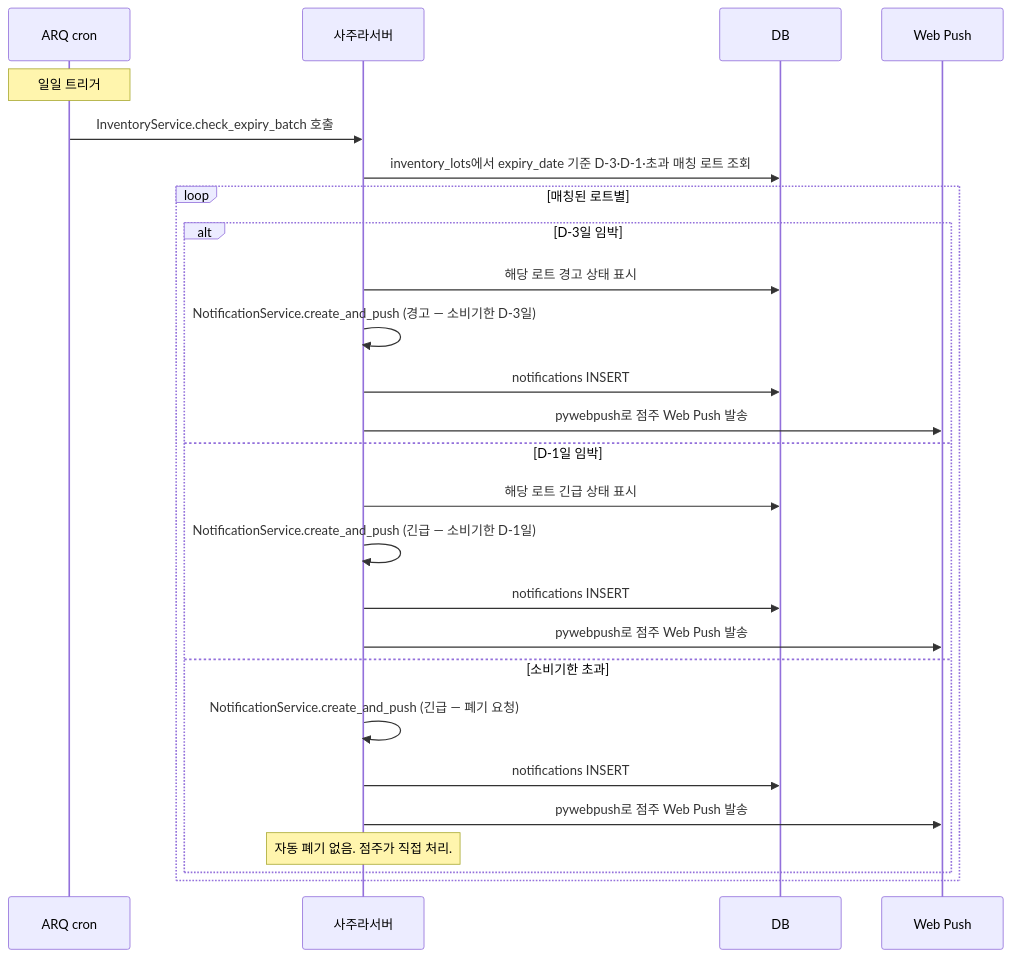
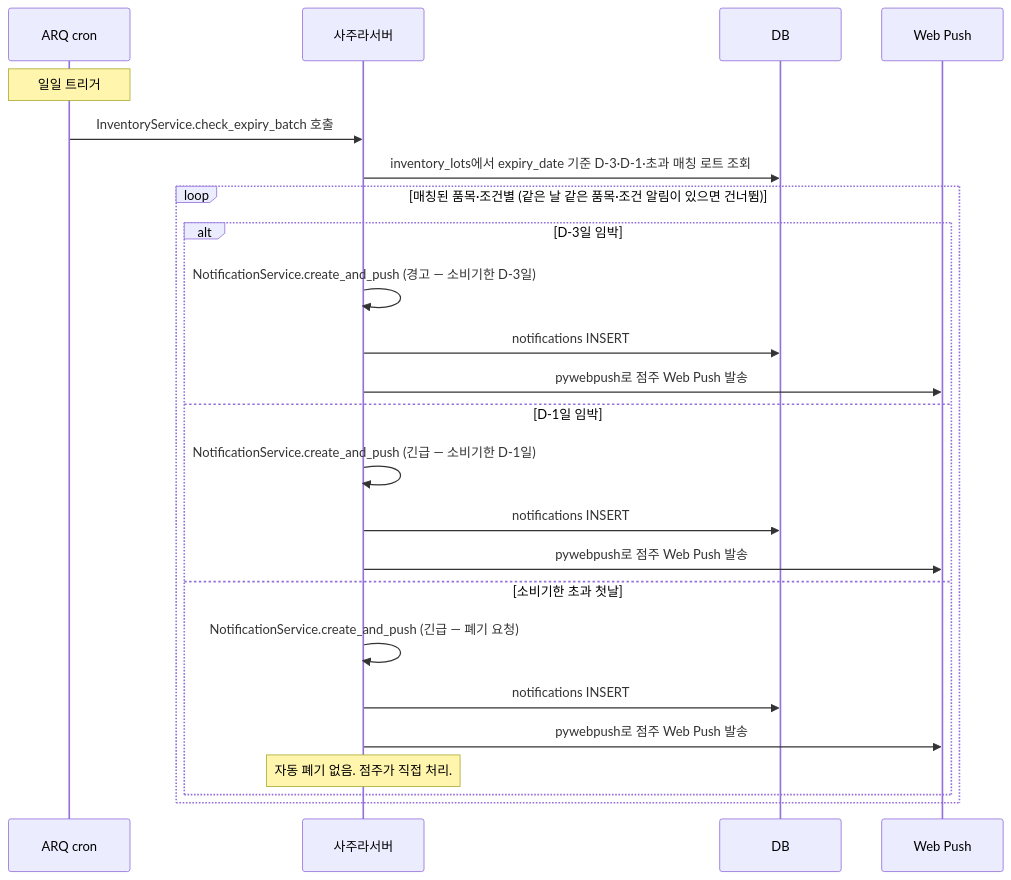
Before and after one commit to h-taek/CapstoneDesign-Sajura: the sixth of 8 diagrams in docs/spec/02_implementation_design.md, drawn with Mermaid. The commit also changed other lines of this file and 28 other files, not shown here.

````diff
--- a/docs/spec/02_implementation_design.md
+++ b/docs/spec/02_implementation_design.md
@@ -426,30 +426,28 @@
 ```mermaid
 sequenceDiagram
     participant ARQ as ARQ cron
     participant BE as 사주라서버
     participant DB
     participant Push as Web Push
 
     Note over ARQ: 일일 트리거
     ARQ->>BE: InventoryService.check_expiry_batch 호출
     BE->>DB: inventory_lots에서 expiry_date 기준 D-3·D-1·초과 매칭 로트 조회
 
-    loop 매칭된 로트별
+    loop 매칭된 품목·조건별 (같은 날 같은 품목·조건 알림이 있으면 건너뜀)
         alt D-3일 임박
-            BE->>DB: 해당 로트 경고 상태 표시
             BE->>BE: NotificationService.create_and_push (경고 — 소비기한 D-3일)
             BE->>DB: notifications INSERT
             BE->>Push: pywebpush로 점주 Web Push 발송
         else D-1일 임박
-            BE->>DB: 해당 로트 긴급 상태 표시
             BE->>BE: NotificationService.create_and_push (긴급 — 소비기한 D-1일)
             BE->>DB: notifications INSERT
             BE->>Push: pywebpush로 점주 Web Push 발송
-        else 소비기한 초과
+        else 소비기한 초과 첫날
             BE->>BE: NotificationService.create_and_push (긴급 — 폐기 요청)
             BE->>DB: notifications INSERT
             BE->>Push: pywebpush로 점주 Web Push 발송
             Note over BE: 자동 폐기 없음. 점주가 직접 처리.
         end
     end
 ```
````
